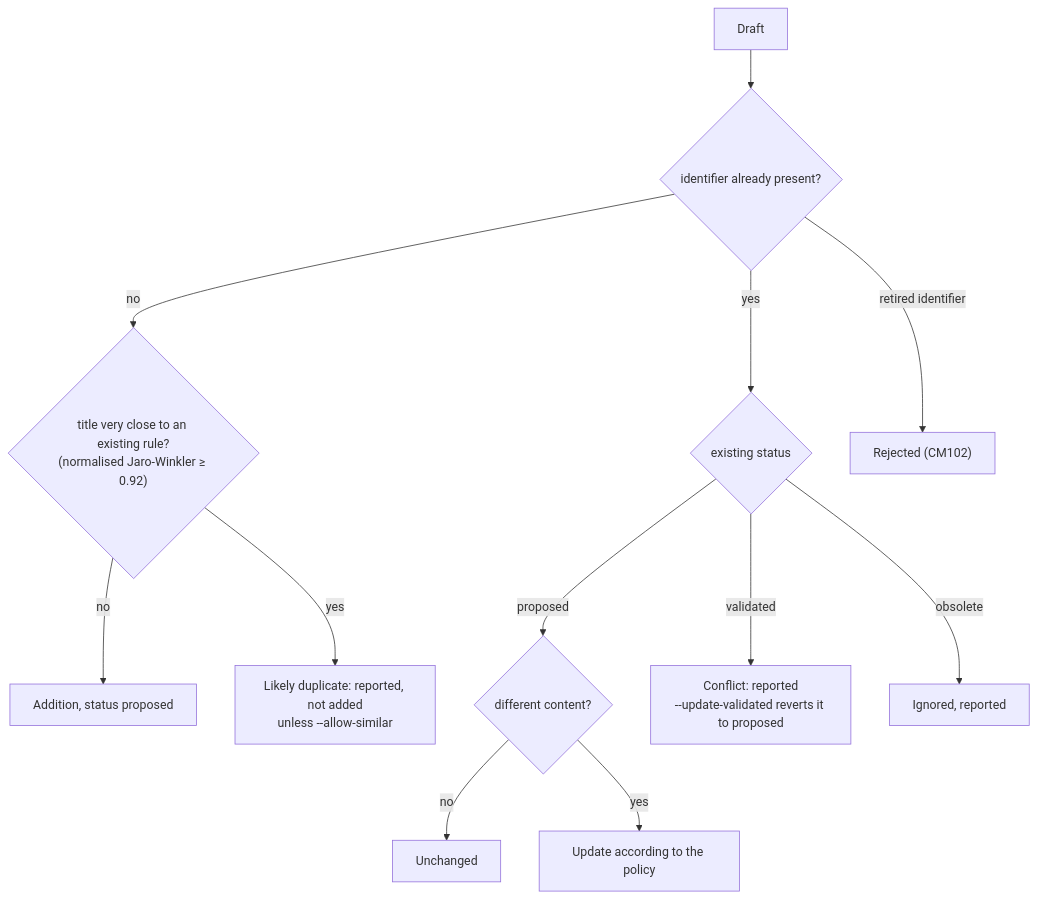
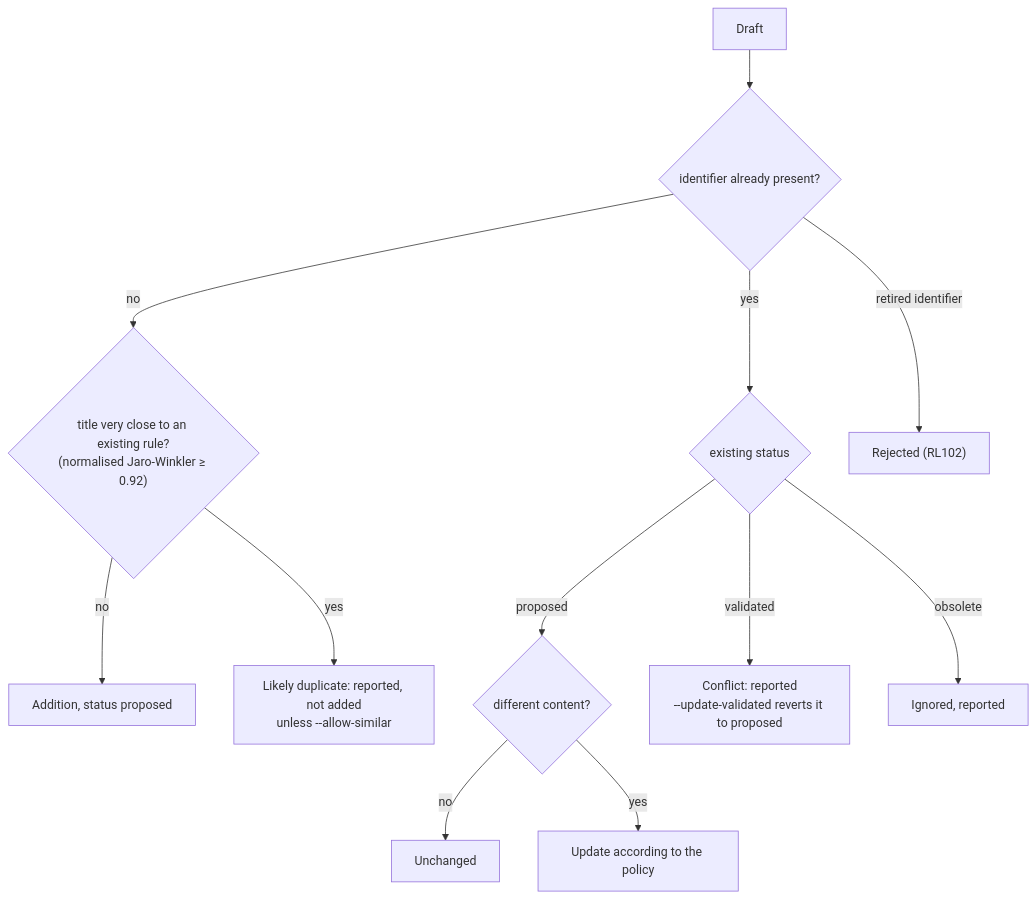
Before and after one commit to E-Jacques/Rulelink: the fifth of 6 diagrams in docs/architecture/05-import.md, drawn with Mermaid. The commit also changed 10 other files, not shown here.

````diff
--- a/docs/architecture/05-import.md
+++ b/docs/architecture/05-import.md
@@ -210,14 +210,14 @@
 ```mermaid
 flowchart TD
     D["Draft"] --> Q1{"identifier already present?"}
     Q1 -->|"no"| Q2{"title very close to an existing rule?<br/>(normalised Jaro-Winkler ≥ 0.92)"}
     Q2 -->|"no"| ADD["Addition, status proposed"]
     Q2 -->|"yes"| DUP["Likely duplicate: reported, not added<br/>unless --allow-similar"]
     Q1 -->|"yes"| Q3{"existing status"}
     Q3 -->|"proposed"| Q4{"different content?"}
     Q4 -->|"no"| SKIP["Unchanged"]
     Q4 -->|"yes"| UPD["Update according to the policy"]
     Q3 -->|"validated"| CONF["Conflict: reported<br/>--update-validated reverts it to proposed"]
     Q3 -->|"obsolete"| OBS["Ignored, reported"]
-    Q1 -->|"retired identifier"| RET["Rejected (CM102)"]
+    Q1 -->|"retired identifier"| RET["Rejected (RL102)"]
 ```
````
